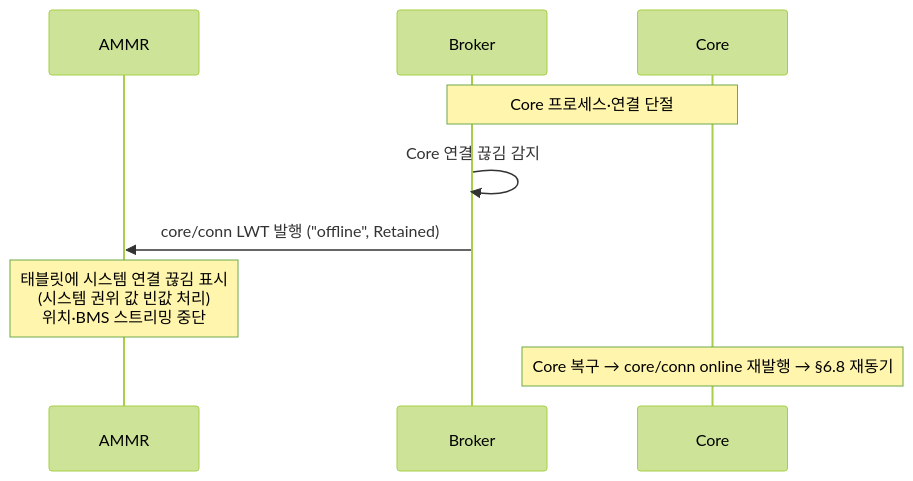
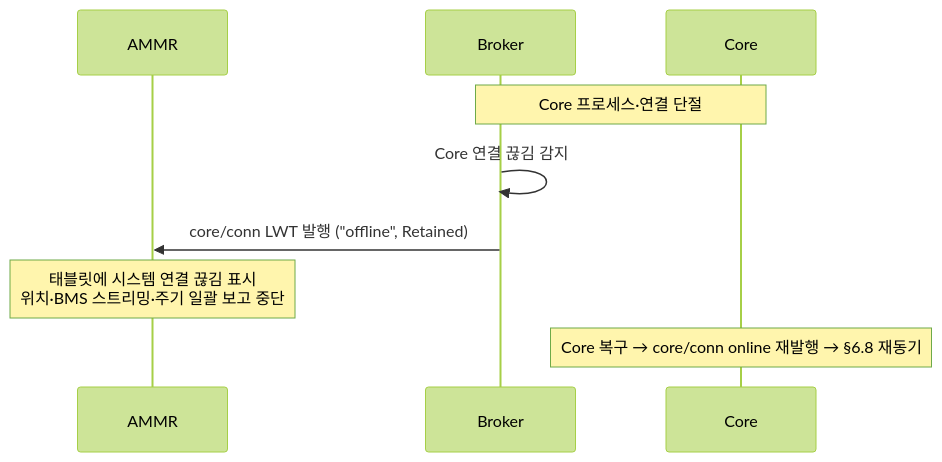
One commit to kimminsu0315/Core-Docs changed the fifth of 13 diagrams in docs/out/Core_ICD_AMMR.md. Above: the diagram before and after it, drawn with Mermaid (forest theme). The commit also changed other lines of this file and 7 other files, not shown here.

````diff
--- a/docs/out/Core_ICD_AMMR.md
+++ b/docs/out/Core_ICD_AMMR.md
@@ -307,12 +307,12 @@
 ```mermaid
 sequenceDiagram
     participant A as AMMR
     participant B as Broker
     participant C as Core
 
     Note over C,B: Core 프로세스·연결 단절
     B->>B: Core 연결 끊김 감지
     B->>A: core/conn LWT 발행 ("offline", Retained)
-    Note over A: 태블릿에 시스템 연결 끊김 표시<br/>(시스템 권위 값 빈값 처리)<br/>위치·BMS 스트리밍 중단
+    Note over A: 태블릿에 시스템 연결 끊김 표시<br/>위치·BMS 스트리밍·주기 일괄 보고 중단
     Note over C: Core 복구 → core/conn online 재발행 → §6.8 재동기
 ```
````
